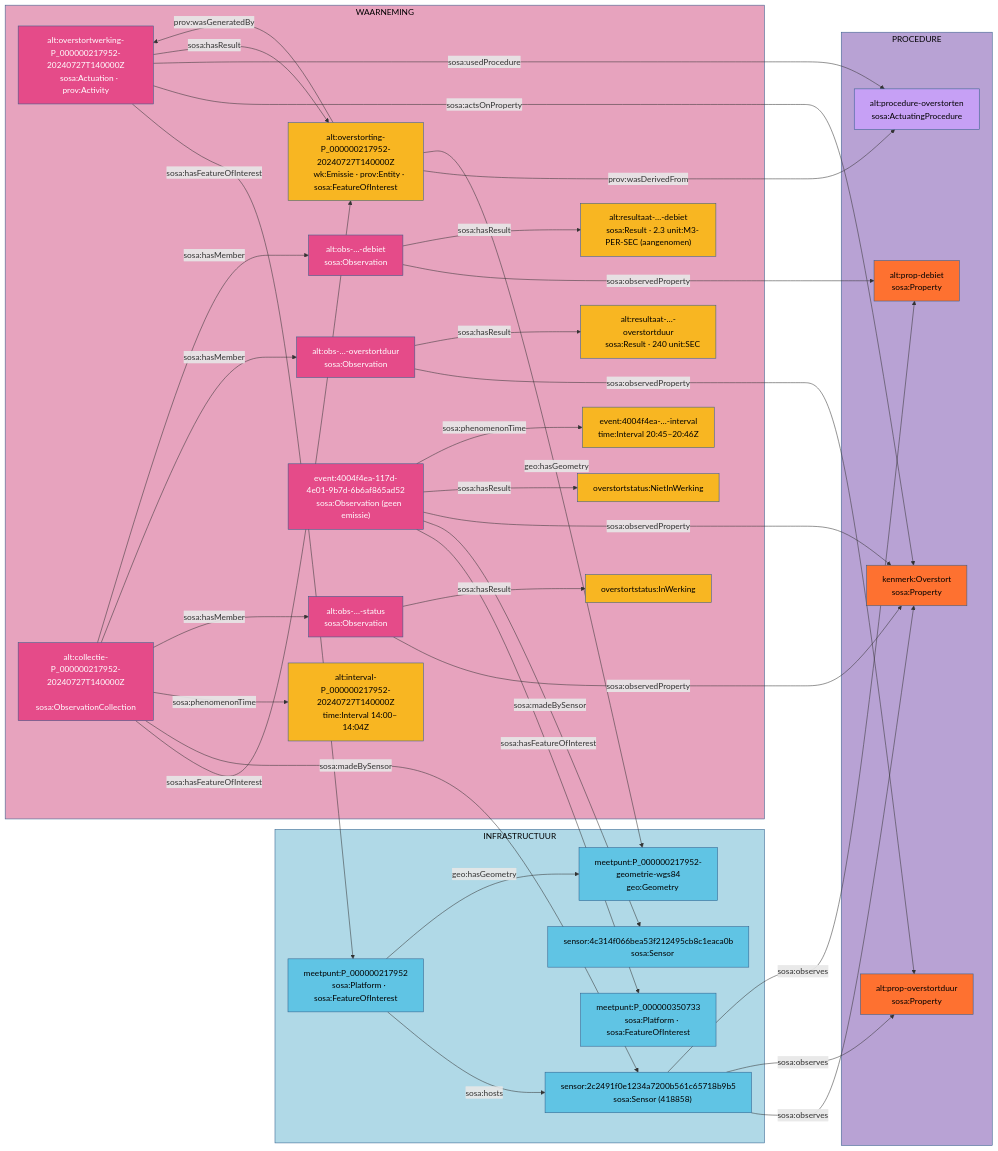
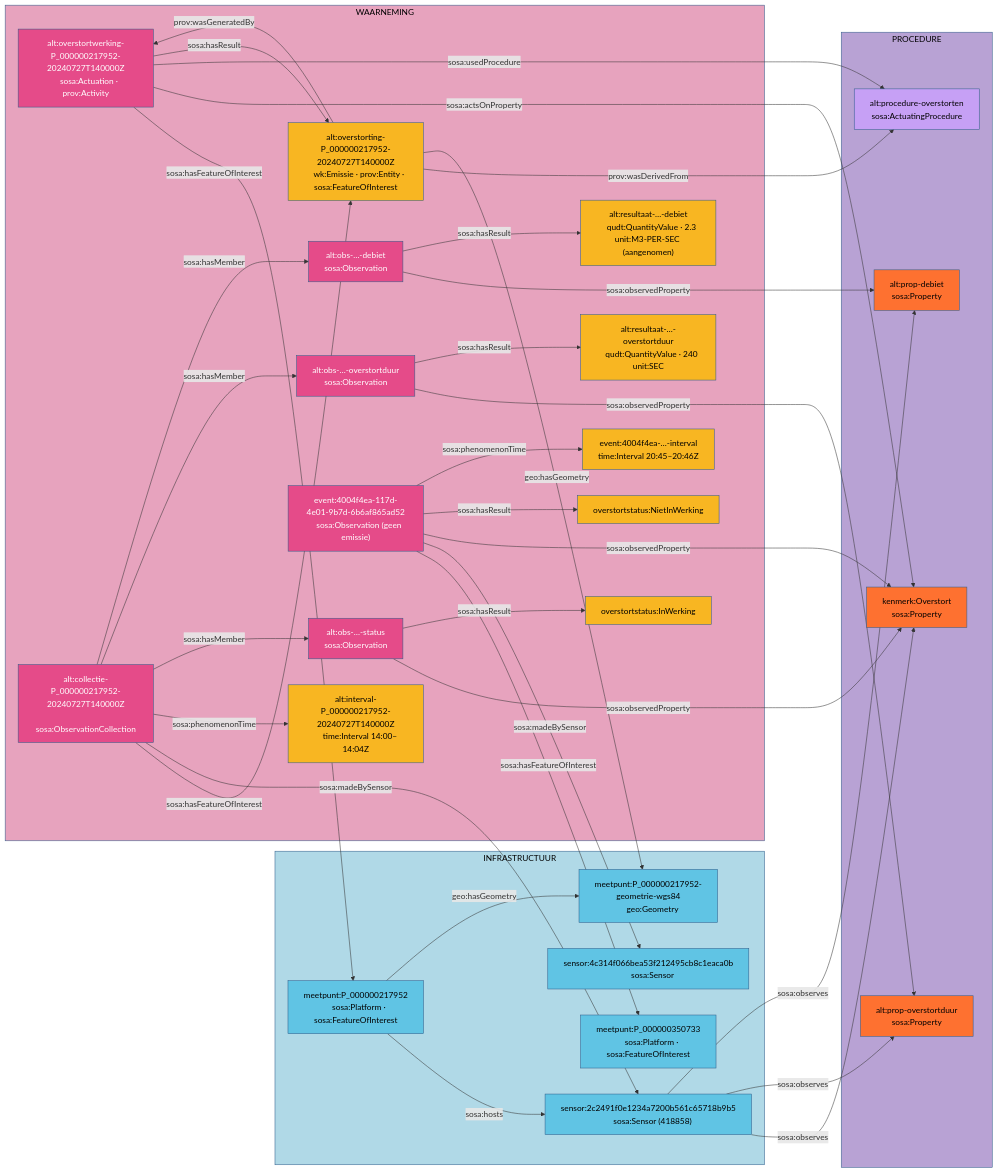
The diagram in src/main/input/overstort/alternatief/overstort_emissie.mmd (Informatievlaanderen/OSLOthema-SSNSOSA-VL), drawn with Mermaid before and after one commit. The commit also changed 66 other files, not shown here.

First line of the commit message:
Results as qudt:QuantityValue; CSOR units as qudt:Unit; VHA literals; ld-mcp 0.4

```diff
--- a/src/main/input/overstort/alternatief/overstort_emissie.mmd
+++ b/src/main/input/overstort/alternatief/overstort_emissie.mmd
@@ -1,116 +1,116 @@
 flowchart LR
 
 subgraph PROC["PROCEDURE"]
     PR["alt:procedure-overstorten
     sosa:ActuatingProcedure"]
     PA["kenmerk:Overstort
     sosa:Property"]
     PD["alt:prop-overstortduur
     sosa:Property"]
     PQ["alt:prop-debiet
     sosa:Property"]
 end
 
 subgraph INFRA["INFRASTRUCTUUR"]
     M1["meetpunt:P_000000217952
     sosa:Platform · sosa:FeatureOfInterest"]
     G1["meetpunt:P_000000217952-geometrie-wgs84
     geo:Geometry"]
     S1["sensor:2c2491f0e1234a7200b561c65718b9b5
     sosa:Sensor (418858)"]
     M2["meetpunt:P_000000350733
     sosa:Platform · sosa:FeatureOfInterest"]
     S2["sensor:4c314f066bea53f212495cb8c1eaca0b
     sosa:Sensor"]
 end
 
 subgraph WAAR["WAARNEMING"]
     A1["alt:overstortwerking-P_000000217952-20240727T140000Z
     sosa:Actuation · prov:Activity"]
     E1["alt:overstorting-P_000000217952-20240727T140000Z
     wk:Emissie · prov:Entity · sosa:FeatureOfInterest"]
     C1["alt:collectie-P_000000217952-20240727T140000Z
     sosa:ObservationCollection"]
     T1["alt:interval-P_000000217952-20240727T140000Z
     time:Interval 14:00–14:04Z"]
     O1["alt:obs-…-status
     sosa:Observation"]
     R1["overstortstatus:InWerking"]
     O2["alt:obs-…-overstortduur
     sosa:Observation"]
     R2["alt:resultaat-…-overstortduur
-    sosa:Result · 240 unit:SEC"]
+    qudt:QuantityValue · 240 unit:SEC"]
     O4["alt:obs-…-debiet
     sosa:Observation"]
     R4["alt:resultaat-…-debiet
-    sosa:Result · 2.3 unit:M3-PER-SEC (aangenomen)"]
+    qudt:QuantityValue · 2.3 unit:M3-PER-SEC (aangenomen)"]
     O3["event:4004f4ea-117d-4e01-9b7d-6b6af865ad52
     sosa:Observation (geen emissie)"]
     R3["overstortstatus:NietInWerking"]
     T3["event:4004f4ea-…-interval
     time:Interval 20:45–20:46Z"]
 end
 
 style PROC  fill:#b8a2d4,stroke:#2E5C8A,color:#000
 style INFRA fill:#b0d9e7,stroke:#2E5C8A,color:#000
 style WAAR  fill:#e7a3be,stroke:#2E5C8A,color:#000
 
 style PR fill:#c6a0f5,stroke:#2E5C8A,color:#000
 style PA fill:#fe7130,stroke:#2E5C8A,color:#000
 style PD fill:#fe7130,stroke:#2E5C8A,color:#000
 style PQ fill:#fe7130,stroke:#2E5C8A,color:#000
 style O4 fill:#e54b89,stroke:#2E5C8A,color:#fff
 style R4 fill:#f8b622,stroke:#2E5C8A,color:#000
 style M1 fill:#60c4e4,stroke:#2E5C8A,color:#000
 style G1 fill:#60c4e4,stroke:#2E5C8A,color:#000
 style S1 fill:#60c4e4,stroke:#2E5C8A,color:#000
 style M2 fill:#60c4e4,stroke:#2E5C8A,color:#000
 style S2 fill:#60c4e4,stroke:#2E5C8A,color:#000
 style A1 fill:#e54b89,stroke:#2E5C8A,color:#fff
 style E1 fill:#f8b622,stroke:#2E5C8A,color:#000
 style C1 fill:#e54b89,stroke:#2E5C8A,color:#fff
 style T1 fill:#f8b622,stroke:#2E5C8A,color:#000
 style O1 fill:#e54b89,stroke:#2E5C8A,color:#fff
 style R1 fill:#f8b622,stroke:#2E5C8A,color:#000
 style O2 fill:#e54b89,stroke:#2E5C8A,color:#fff
 style R2 fill:#f8b622,stroke:#2E5C8A,color:#000
 style O3 fill:#e54b89,stroke:#2E5C8A,color:#fff
 style R3 fill:#f8b622,stroke:#2E5C8A,color:#000
 style T3 fill:#f8b622,stroke:#2E5C8A,color:#000
 
 %% infrastructuur
 M1 -->|sosa:hosts| S1
 M1 -->|geo:hasGeometry| G1
 S1 -->|sosa:observes| PA
 S1 -->|sosa:observes| PD
 S1 -->|sosa:observes| PQ
 
 %% emissie
 A1 -->|sosa:hasFeatureOfInterest| M1
 A1 -->|sosa:actsOnProperty| PA
 A1 -->|sosa:usedProcedure| PR
 A1 -->|sosa:hasResult| E1
 E1 -->|prov:wasGeneratedBy| A1
 E1 -->|prov:wasDerivedFrom| PR
 E1 -->|geo:hasGeometry| G1
 
 %% observaties van de emissie
 C1 -->|sosa:hasFeatureOfInterest| E1
 C1 -->|sosa:madeBySensor| S1
 C1 -->|sosa:phenomenonTime| T1
 C1 -->|sosa:hasMember| O1
 C1 -->|sosa:hasMember| O2
 O1 -->|sosa:observedProperty| PA
 O1 -->|sosa:hasResult| R1
 O2 -->|sosa:observedProperty| PD
 O2 -->|sosa:hasResult| R2
 C1 -->|sosa:hasMember| O4
 O4 -->|sosa:observedProperty| PQ
 O4 -->|sosa:hasResult| R4
 
 %% event zonder overstorting: zoals het hoofdmodel
 O3 -->|sosa:hasFeatureOfInterest| M2
 O3 -->|sosa:madeBySensor| S2
 O3 -->|sosa:observedProperty| PA
 O3 -->|sosa:hasResult| R3
 O3 -->|sosa:phenomenonTime| T3
```
